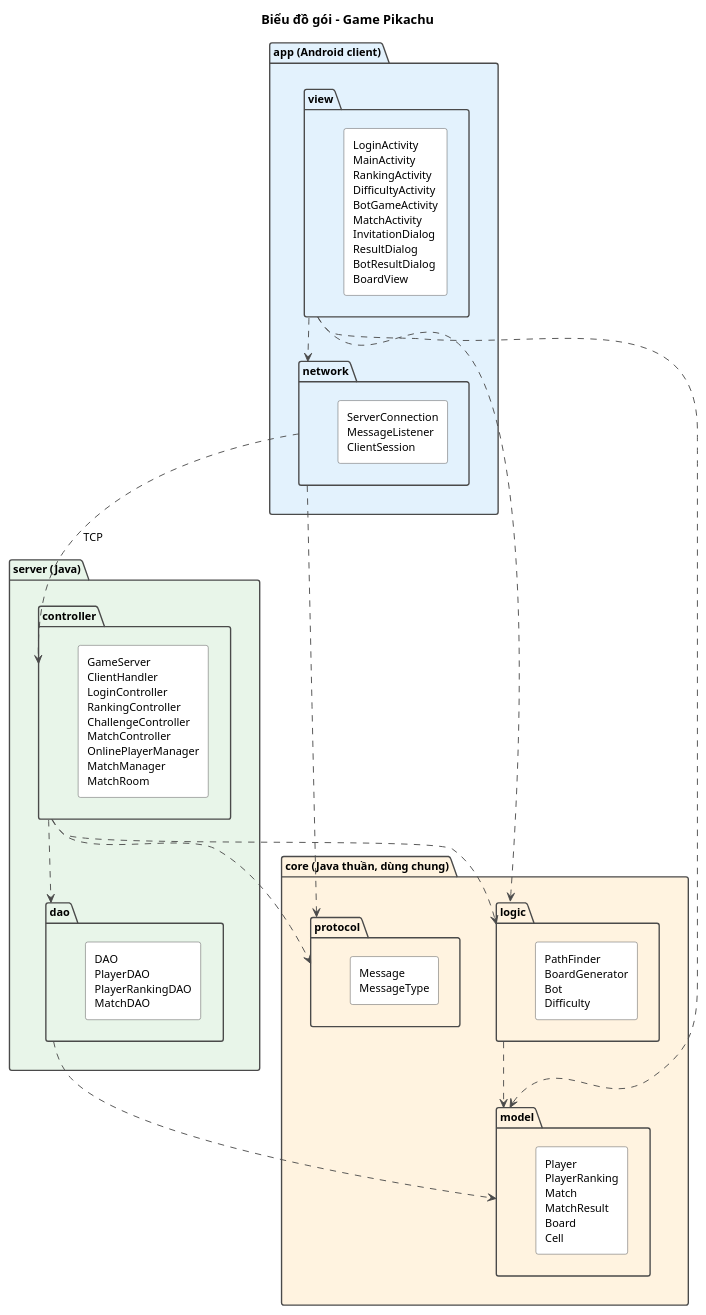
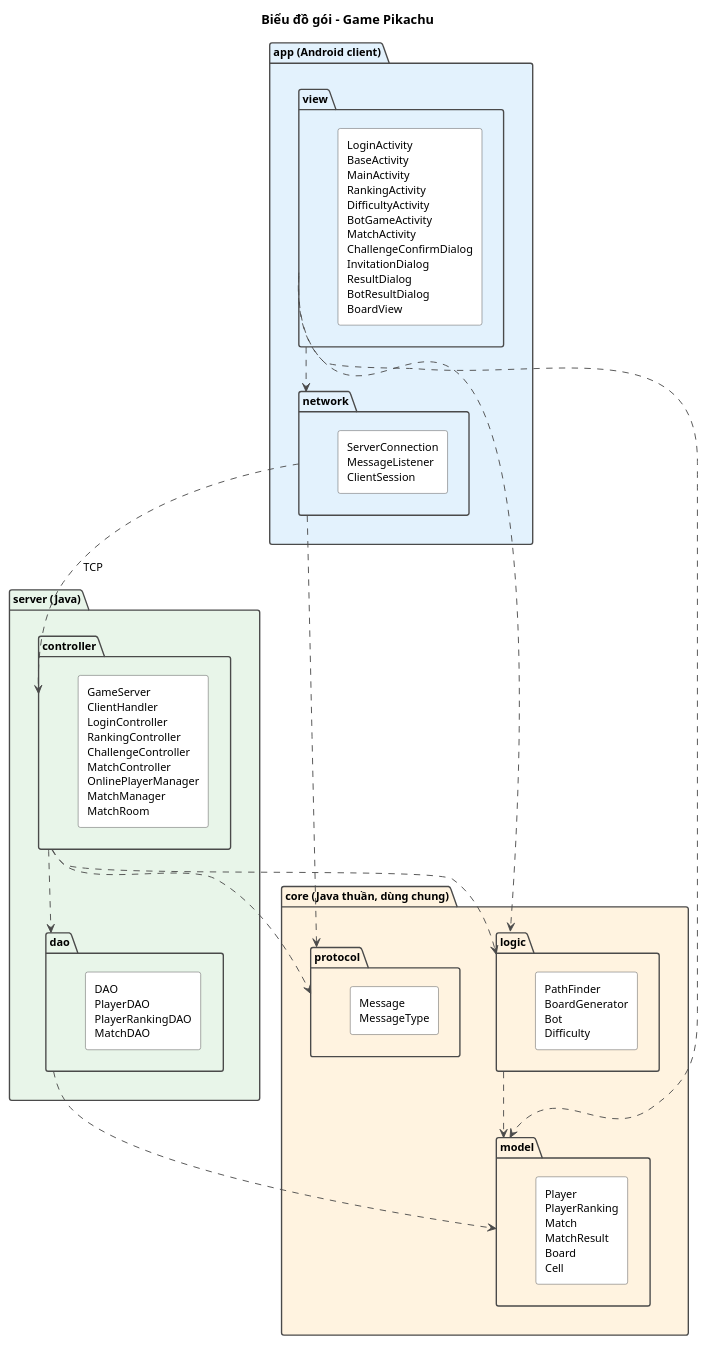
Before and after one commit to VattenL/mobile-pikachu: the diagram in docs/uml/pha3/package.puml, drawn with PlantUML. The commit also changed 23 other files, not shown here.

```diff
--- a/docs/uml/pha3/package.puml
+++ b/docs/uml/pha3/package.puml
@@ -1,56 +1,56 @@
 @startuml package
 title Biểu đồ gói - Game Pikachu
 
 skinparam shadowing false
 skinparam defaultFontSize 12
 skinparam ArrowColor #4A4A4A
 skinparam packageStyle folder
 skinparam package {
   BorderColor #4A4A4A
 }
 skinparam rectangle {
   BorderColor #4A4A4A
   BackgroundColor #FFFFFF
 }
 
 package "app (Android client)" as app #E3F2FD {
   package "view" as view {
-    rectangle "LoginActivity\nMainActivity\nRankingActivity\nDifficultyActivity\nBotGameActivity\nMatchActivity\nInvitationDialog\nResultDialog\nBotResultDialog\nBoardView" as viewC
+    rectangle "LoginActivity\nBaseActivity\nMainActivity\nRankingActivity\nDifficultyActivity\nBotGameActivity\nMatchActivity\nChallengeConfirmDialog\nInvitationDialog\nResultDialog\nBotResultDialog\nBoardView" as viewC
   }
   package "network" as network {
     rectangle "ServerConnection\nMessageListener\nClientSession" as netC
   }
 }
 
 package "server (Java)" as server #E8F5E9 {
   package "controller" as controller {
     rectangle "GameServer\nClientHandler\nLoginController\nRankingController\nChallengeController\nMatchController\nOnlinePlayerManager\nMatchManager\nMatchRoom" as ctrlC
   }
   package "dao" as dao {
     rectangle "DAO\nPlayerDAO\nPlayerRankingDAO\nMatchDAO" as daoC
   }
 }
 
 package "core (Java thuần, dùng chung)" as core #FFF3E0 {
   package "model" as model {
     rectangle "Player\nPlayerRanking\nMatch\nMatchResult\nBoard\nCell" as modelC
   }
   package "logic" as logic {
     rectangle "PathFinder\nBoardGenerator\nBot\nDifficulty" as logicC
   }
   package "protocol" as protocol {
     rectangle "Message\nMessageType" as protoC
   }
 }
 
 view ..> network
 view ..> logic
 view ..> model
 network ..> protocol
 controller ..> dao
 controller ..> logic
 controller ..> protocol
 dao ..> model
 logic ..> model
 network ..> controller : TCP
 @enduml
```
